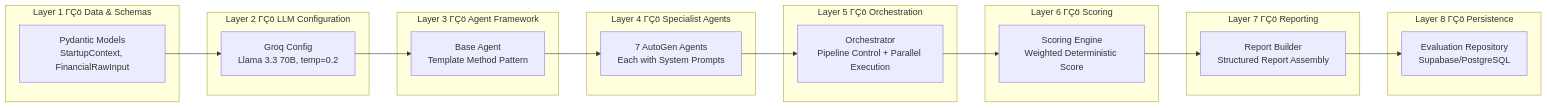
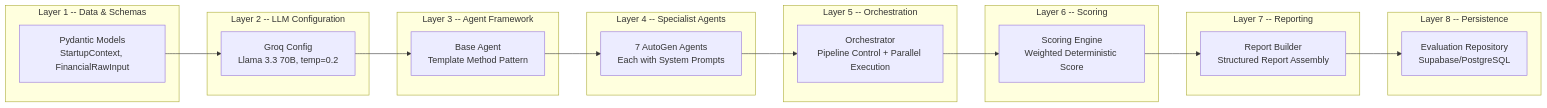
The second of 9 diagrams in README.md (SameerShaik786/startup-idea-evaluator), drawn with Mermaid before and after one commit. The commit also changed other lines of this file, not shown here.

````diff
--- a/README.md
+++ b/README.md
@@ -168,36 +168,36 @@
 ```mermaid
 graph LR
-    subgraph "Layer 1 ΓÇö Data & Schemas"
+    subgraph "Layer 1 -- Data & Schemas"
         L1[Pydantic Models<br/>StartupContext, FinancialRawInput]
     end
     
-    subgraph "Layer 2 ΓÇö LLM Configuration"
+    subgraph "Layer 2 -- LLM Configuration"
         L2[Groq Config<br/>Llama 3.3 70B, temp=0.2]
     end
     
-    subgraph "Layer 3 ΓÇö Agent Framework"
+    subgraph "Layer 3 -- Agent Framework"
         L3[Base Agent<br/>Template Method Pattern]
     end
     
-    subgraph "Layer 4 ΓÇö Specialist Agents"
+    subgraph "Layer 4 -- Specialist Agents"
         L4[7 AutoGen Agents<br/>Each with System Prompts]
     end
     
-    subgraph "Layer 5 ΓÇö Orchestration"
+    subgraph "Layer 5 -- Orchestration"
         L5[Orchestrator<br/>Pipeline Control + Parallel Execution]
     end
     
-    subgraph "Layer 6 ΓÇö Scoring"
+    subgraph "Layer 6 -- Scoring"
         L6[Scoring Engine<br/>Weighted Deterministic Score]
     end
     
-    subgraph "Layer 7 ΓÇö Reporting"
+    subgraph "Layer 7 -- Reporting"
         L7[Report Builder<br/>Structured Report Assembly]
     end
     
-    subgraph "Layer 8 ΓÇö Persistence"
+    subgraph "Layer 8 -- Persistence"
         L8[Evaluation Repository<br/>Supabase/PostgreSQL]
     end
 
     L1 --> L2 --> L3 --> L4 --> L5 --> L6 --> L7 --> L8
 ```
````
